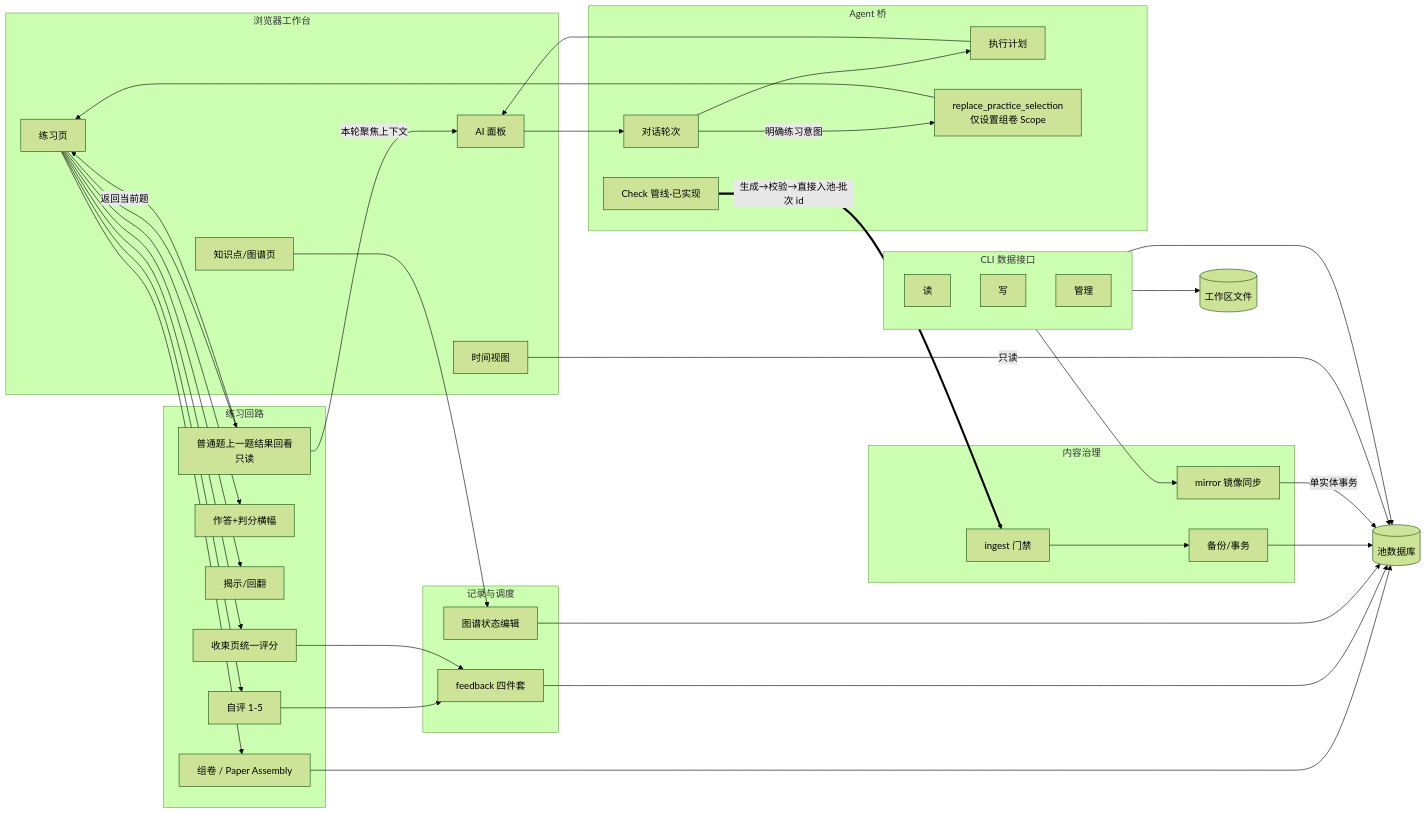
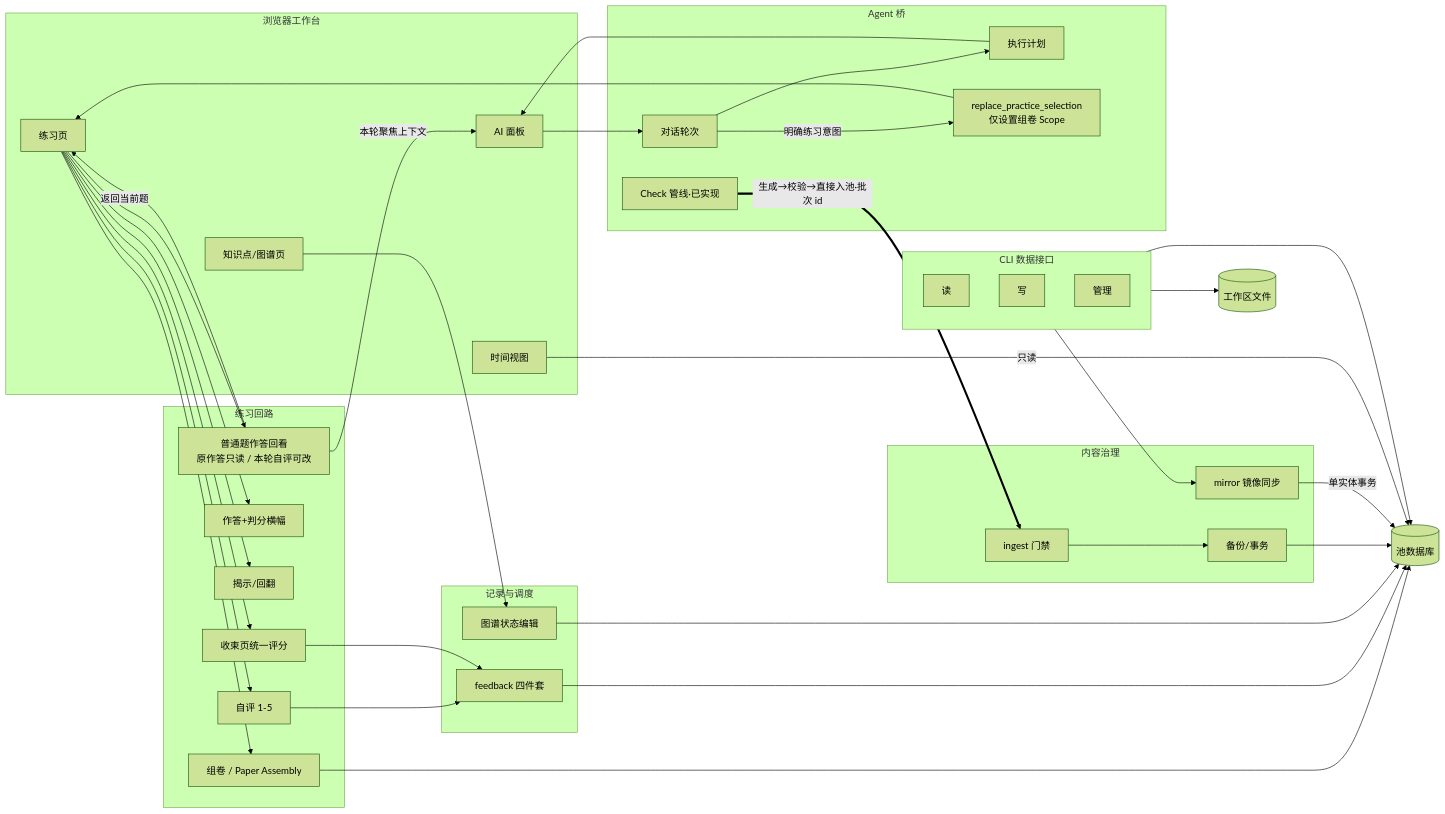
The diagram in docs/ACTION-GRAPH.md (Amazinnn/Lesson-Kit), drawn with Mermaid (forest theme) before and after one commit. The commit also changed other lines of this file and 10 other files, not shown here.

````diff
--- a/docs/ACTION-GRAPH.md
+++ b/docs/ACTION-GRAPH.md
@@ -44,53 +44,53 @@
 ```mermaid
 flowchart LR
   subgraph UI[浏览器工作台]
     P[练习页]
     K[知识点/图谱页]
     T[时间视图]
     A[AI 面板]
   end
   subgraph LOOP[练习回路]
     PAPER[组卷 / Paper Assembly]
     ANS[作答+判分横幅]
     REV[揭示/回翻]
-    PREV[普通题上一题结果回看<br/>只读]
+    PREV[普通题作答回看<br/>原作答只读 / 本轮自评可改]
     RATE[自评 1-5]
     END[收束页统一评分]
   end
   subgraph REC[记录与调度]
     FB[feedback 四件套]
     GSTATE[图谱状态编辑]
   end
   subgraph GOV[内容治理]
     ING[ingest 门禁]
     BK[备份/事务]
     MIR[mirror 镜像同步]
   end
   subgraph BR[Agent 桥]
     CONV[对话轮次]
     PLAN[执行计划]
     SCOPE[replace_practice_selection<br/>仅设置组卷 Scope]
     CHK[Check 管线·已实现]
   end
   subgraph CLI[CLI 数据接口]
     Q[读]
     W[写]
     ADM[管理]
   end
   DB[(池数据库)]
   FS[(工作区文件)]
 
   P --> PAPER & ANS & REV & PREV & RATE & END
   PREV -->|返回当前题| P
   PREV -->|本轮聚焦上下文| A
   PAPER --> DB
   RATE & END --> FB --> DB
   K --> GSTATE --> DB
   A --> CONV
   CONV --> PLAN --> A
   CONV -->|明确练习意图| SCOPE --> P
   CHK ==>|生成→校验→直接入池·批次 id| ING --> BK --> DB
   CLI --> MIR -->|单实体事务| DB
   CLI --> DB & FS
   T -->|只读| DB
 ```
````
